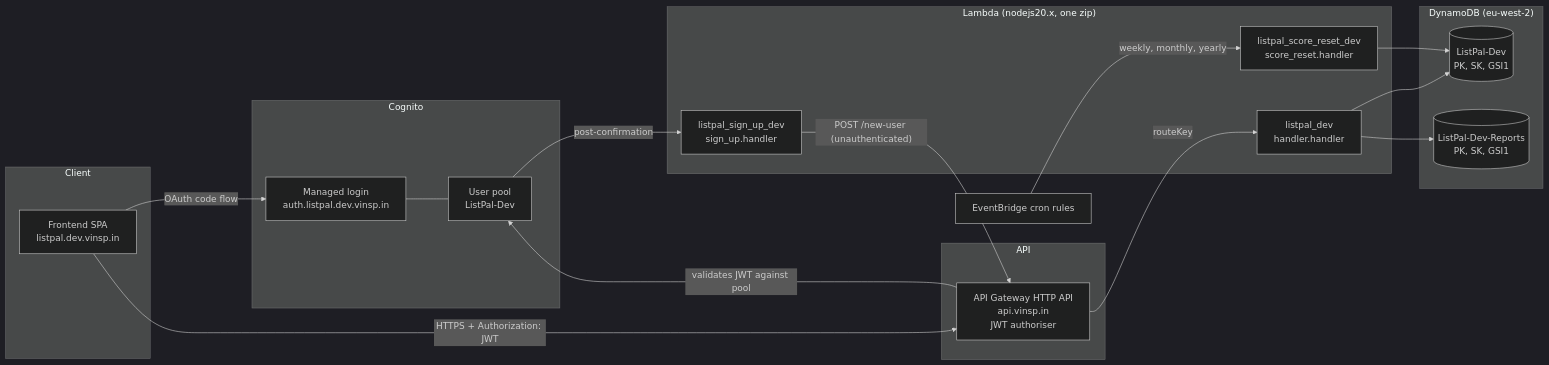
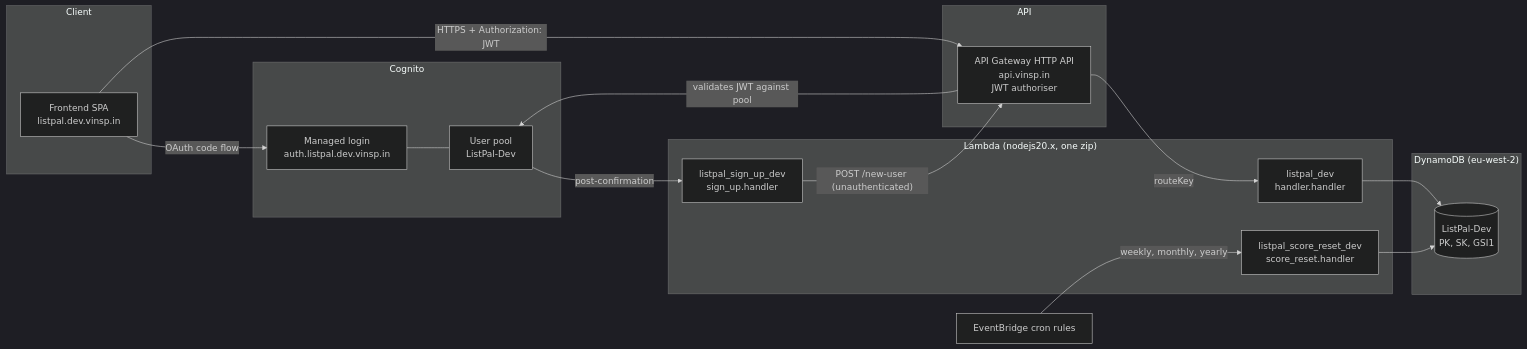
One commit to TomBenjaminMorris/listpal-backend changed the first of 7 diagrams in ARCHITECTURE.md. Above: the diagram before and after it, drawn with Mermaid (dark theme). The commit also changed other lines of this file and 4 other files, not shown here.

````diff
--- a/ARCHITECTURE.md
+++ b/ARCHITECTURE.md
@@ -63,40 +63,38 @@
 ```mermaid
 flowchart LR
     subgraph Client
         FE["Frontend SPA<br/>listpal.dev.vinsp.in"]
     end
 
     subgraph Auth["Cognito"]
         UP["User pool<br/>ListPal-Dev"]
         HUI["Managed login<br/>auth.listpal.dev.vinsp.in"]
     end
 
     subgraph Edge["API"]
         APIGW["API Gateway HTTP API<br/>api.vinsp.in<br/>JWT authoriser"]
     end
 
     subgraph Compute["Lambda (nodejs20.x, one zip)"]
         L1["listpal_dev<br/>handler.handler"]
         L2["listpal_sign_up_dev<br/>sign_up.handler"]
         L3["listpal_score_reset_dev<br/>score_reset.handler"]
     end
 
     subgraph Data["DynamoDB (eu-west-2)"]
         T1[("ListPal-Dev<br/>PK, SK, GSI1")]
-        T2[("ListPal-Dev-Reports<br/>PK, SK, GSI1")]
     end
 
     EB["EventBridge cron rules"]
 
     FE -->|"OAuth code flow"| HUI
     HUI --- UP
     FE -->|"HTTPS + Authorization: JWT"| APIGW
     APIGW -->|"validates JWT against pool"| UP
     APIGW -->|"routeKey"| L1
     L1 --> T1
-    L1 --> T2
     UP -->|"post-confirmation"| L2
     L2 -->|"POST /new-user (unauthenticated)"| APIGW
     EB -->|"weekly, monthly, yearly"| L3
     L3 --> T1
 ```
````
